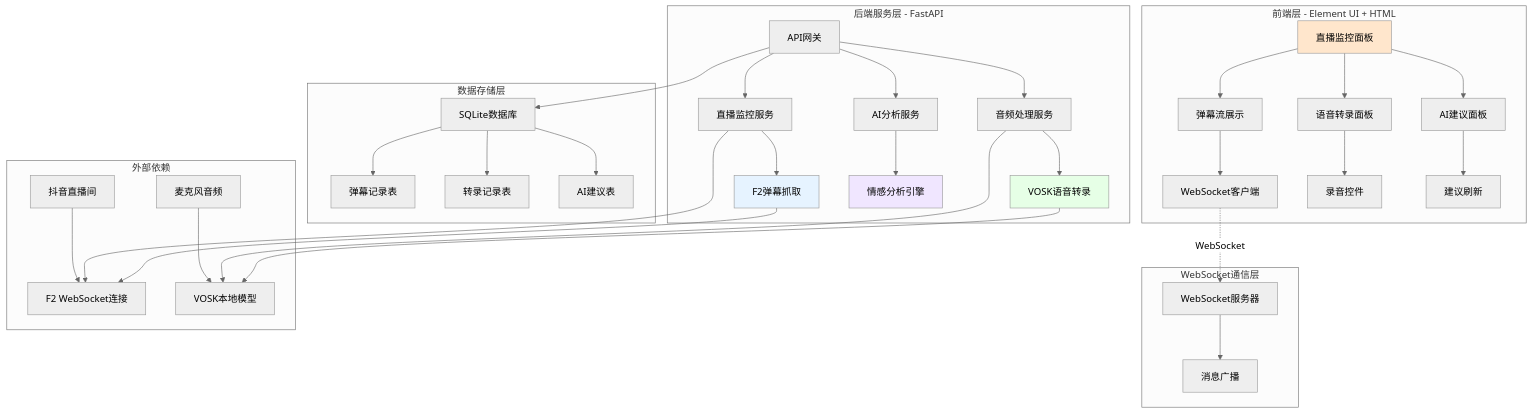
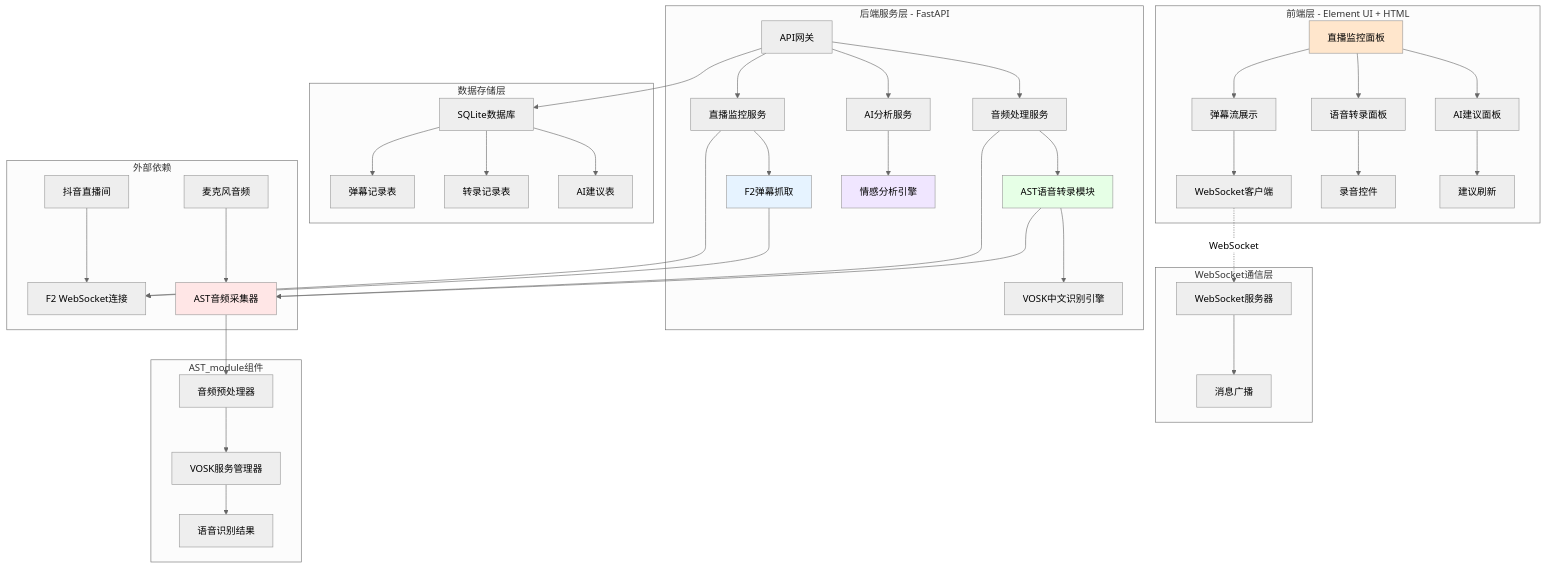
Before and after one commit to Wike-CHI/timao-douyin-live-manager: the diagram in docs/提猫直播助手MVP_DESIGN_系统架构.md, drawn with Mermaid (neutral theme). The commit also changed other lines of this file and 35 other files, not shown here.

````diff
--- a/docs/提猫直播助手MVP_DESIGN_系统架构.md
+++ b/docs/提猫直播助手MVP_DESIGN_系统架构.md
@@ -5,47 +5,55 @@
 ```mermaid
 graph TB
     subgraph "前端层 - Element UI + HTML"
         A[直播监控面板] --> B[弹幕流展示]
         A --> C[语音转录面板]
         A --> D[AI建议面板]
         B --> E[WebSocket客户端]
         C --> F[录音控件]
         D --> G[建议刷新]
     end
     
     subgraph "WebSocket通信层"
         H[WebSocket服务器] --> I[消息广播]
     end
     
     subgraph "后端服务层 - FastAPI"
         J[API网关] --> K[直播监控服务]
         J --> L[音频处理服务]
         J --> M[AI分析服务]
         K --> N[F2弹幕抓取]
-        L --> O[VOSK语音转录]
-        M --> P[情感分析引擎]
+        L --> O[AST语音转录模块]
+        O --> P[VOSK中文识别引擎]
+        M --> Q[情感分析引擎]
     end
     
     subgraph "数据存储层"
-        Q[SQLite数据库] --> R[弹幕记录表]
-        Q --> S[转录记录表]
-        Q --> T[AI建议表]
+        R[SQLite数据库] --> S[弹幕记录表]
+        R --> T[转录记录表]
+        R --> U[AI建议表]
     end
     
     subgraph "外部依赖"
-        U[抖音直播间] --> V[F2 WebSocket连接]
-        W[麦克风音频] --> X[VOSK本地模型]
+        V[抖音直播间] --> W[F2 WebSocket连接]
+        X[麦克风音频] --> Y[AST音频采集器]
+    end
+    
+    subgraph "AST_module组件"
+        Y --> Z[音频预处理器]
+        Z --> AA[VOSK服务管理器]
+        AA --> BB[语音识别结果]
     end
     
     E -.->|WebSocket| H
-    K --> V
-    L --> X
-    N --> V
-    O --> X
-    J --> Q
+    K --> W
+    L --> Y
+    N --> W
+    O --> Y
+    J --> R
     
     style A fill:#FFE6CC
     style N fill:#E6F3FF
     style O fill:#E6FFE6
-    style P fill:#F0E6FF
+    style Q fill:#F0E6FF
+    style Y fill:#FFE6E6
 ```
````
